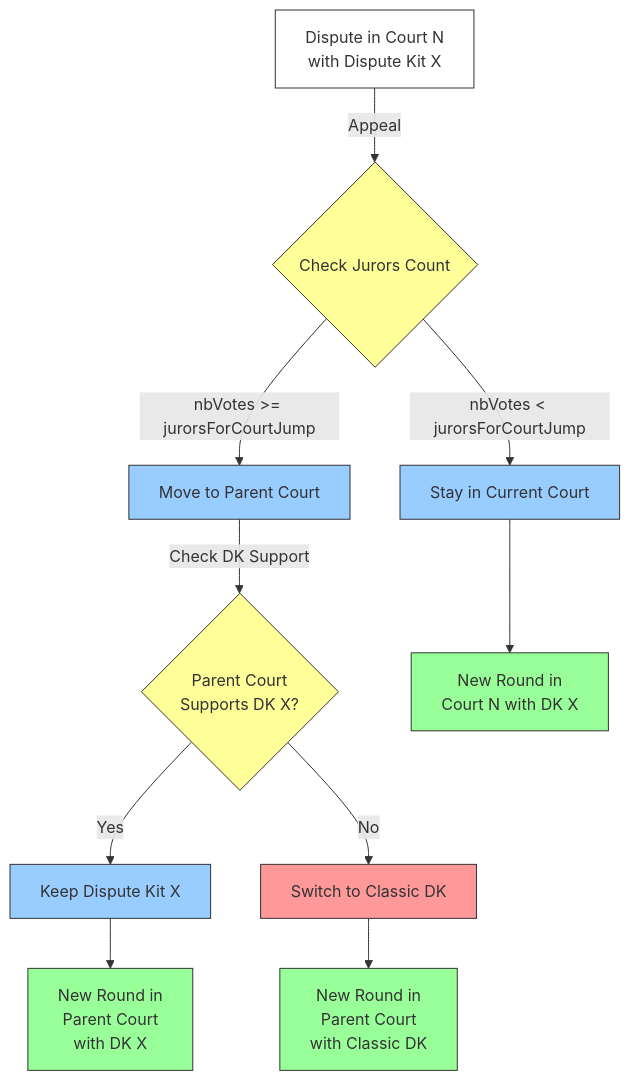
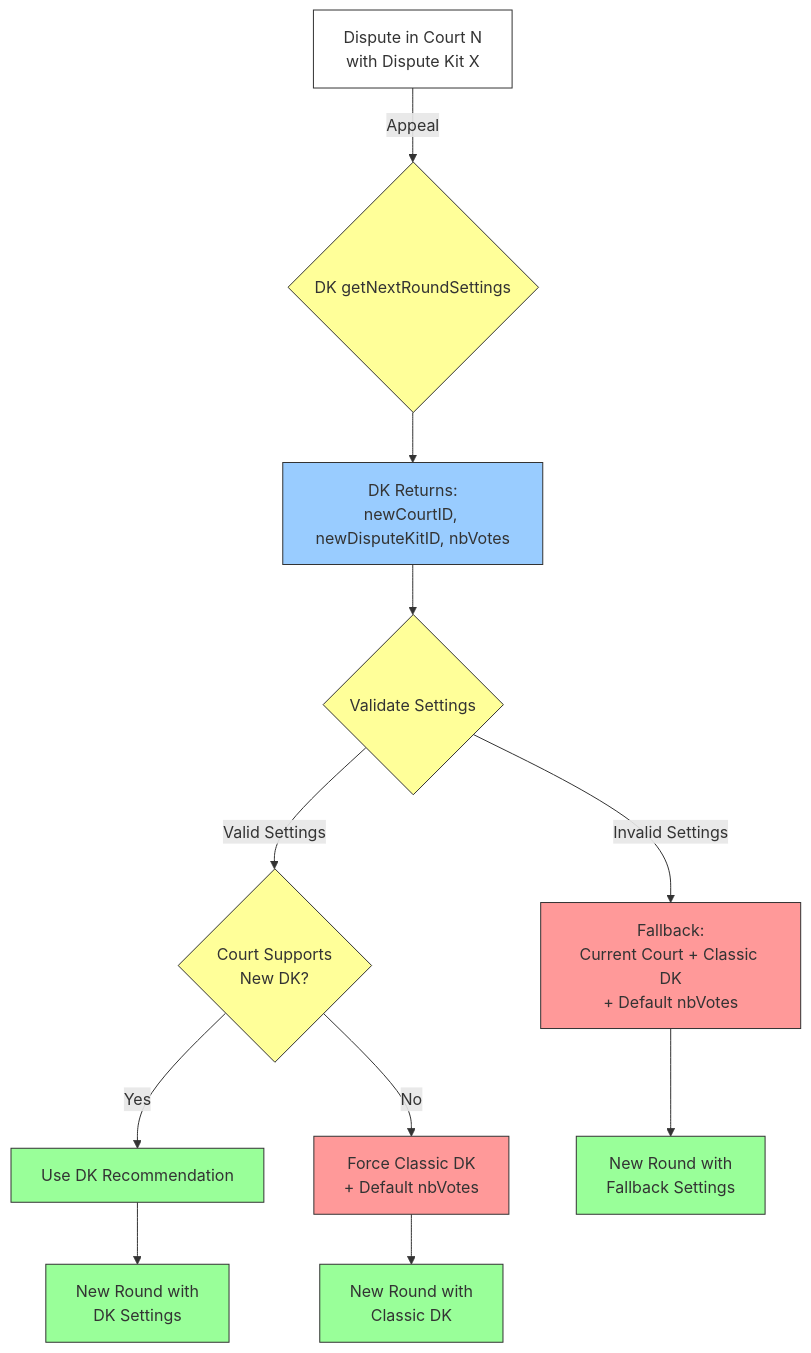
Before and after one commit to kleros/kleros-v2: the second of 2 diagrams in contracts/specifications/arbitrator.md, drawn with Mermaid. The commit also changed other lines of this file and 11 other files, not shown here.

````diff
--- a/contracts/specifications/arbitrator.md
+++ b/contracts/specifications/arbitrator.md
@@ -201,25 +185,28 @@
 ```mermaid
 graph TD
-    A[Dispute in Court N<br/>with Dispute Kit X] -->|Appeal| B{Check Jurors Count}
-    B -->|nbVotes >= jurorsForCourtJump| C[Move to Parent Court]
-    B -->|nbVotes < jurorsForCourtJump| D[Stay in Current Court]
-
-    C -->|Check DK Support| E{Parent Court<br/>Supports DK X?}
-    E -->|Yes| F[Keep Dispute Kit X]
-    E -->|No| G[Switch to Classic DK]
-
-    F --> H[New Round in<br/>Parent Court<br/>with DK X]
-    G --> I[New Round in<br/>Parent Court<br/>with Classic DK]
-    D --> J[New Round in<br/>Court N with DK X]
+    A[Dispute in Court N<br/>with Dispute Kit X] -->|Appeal| B{DK getNextRoundSettings}
+    B --> C[DK Returns:<br/>newCourtID, newDisputeKitID, nbVotes]
+    C --> D{Validate Settings}
+    
+    D -->|Valid Settings| E{Court Supports<br/>New DK?}
+    D -->|Invalid Settings| F[Fallback:<br/>Current Court + Classic DK<br/>+ Default nbVotes]
+    
+    E -->|Yes| G[Use DK Recommendation]
+    E -->|No| H[Force Classic DK<br/>+ Default nbVotes]
+    
+    F --> I[New Round with<br/>Fallback Settings]
+    G --> J[New Round with<br/>DK Settings]
+    H --> K[New Round with<br/>Classic DK]
 
     style A fill:#fff,stroke:#333
     style B fill:#ff9,stroke:#333
     style C fill:#9cf,stroke:#333
-    style D fill:#9cf,stroke:#333
+    style D fill:#ff9,stroke:#333
     style E fill:#ff9,stroke:#333
-    style F fill:#9cf,stroke:#333
-    style G fill:#f99,stroke:#333
-    style H fill:#9f9,stroke:#333
+    style F fill:#f99,stroke:#333
+    style G fill:#9f9,stroke:#333
+    style H fill:#f99,stroke:#333
     style I fill:#9f9,stroke:#333
     style J fill:#9f9,stroke:#333
+    style K fill:#9f9,stroke:#333
 ```
````
